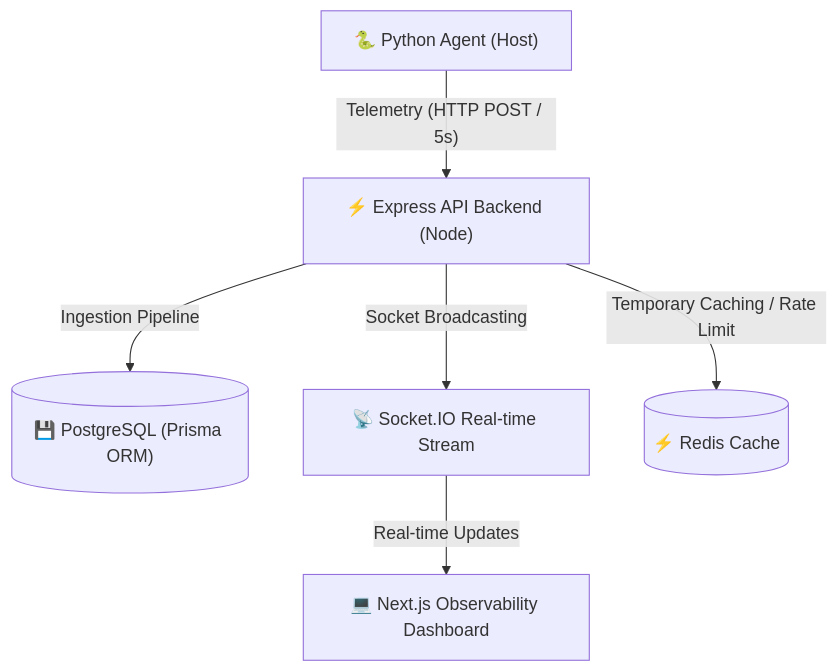
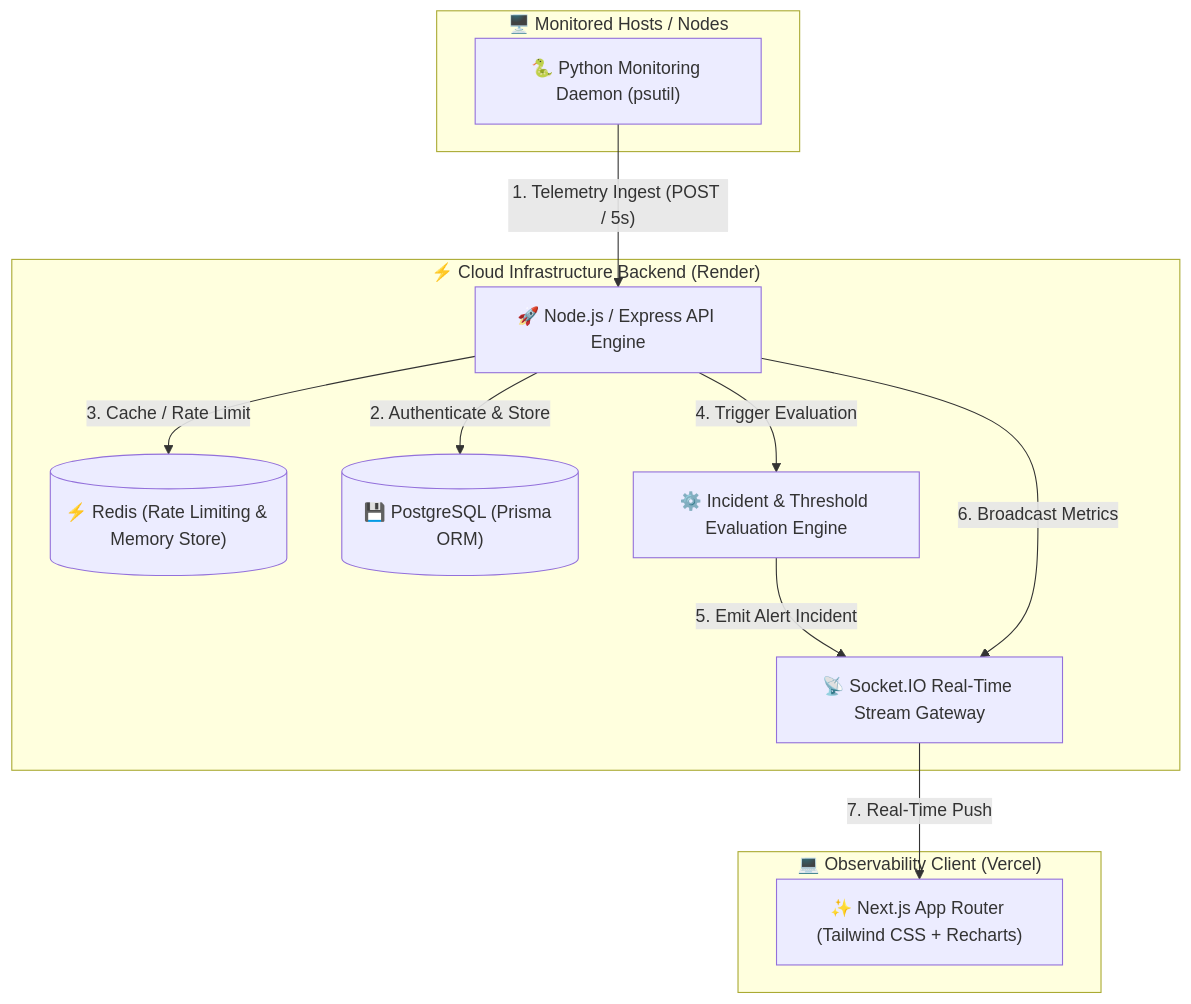
Before and after one commit to Ankushpatial82/CloudPulse: the diagram in README.md, drawn with Mermaid. The commit also changed other lines of this file, not shown here.

Commit message:
docs: update comprehensive portfolio-grade README with live demo links and architecture

````diff
--- a/README.md
+++ b/README.md
@@ -9,8 +46,26 @@
 ```mermaid
 flowchart TD
-    Agent["🐍 Python Agent (Host)"] -- Telemetry (HTTP POST / 5s) --> API["⚡ Express API Backend (Node)"]
-    API -- Ingestion Pipeline --> DB[("💾 PostgreSQL (Prisma ORM)")]
-    API -- Socket Broadcasting --> SIO["📡 Socket.IO Real-time Stream"]
-    SIO -- Real-time Updates --> Web["💻 Next.js Observability Dashboard"]
-    API -- Temporary Caching / Rate Limit --> Redis[("⚡ Redis Cache")]
+    subgraph Host["🖥️ Monitored Hosts / Nodes"]
+        Agent["🐍 Python Monitoring Daemon (psutil)"]
+    end
+
+    subgraph Cloud["⚡ Cloud Infrastructure Backend (Render)"]
+        API["🚀 Node.js / Express API Engine"]
+        Redis[("⚡ Redis (Rate Limiting & Memory Store)")]
+        DB[("💾 PostgreSQL (Prisma ORM)")]
+        Socket["📡 Socket.IO Real-Time Stream Gateway"]
+        AlertEngine["⚙️ Incident & Threshold Evaluation Engine"]
+    end
+
+    subgraph Client["💻 Observability Client (Vercel)"]
+        UI["✨ Next.js App Router (Tailwind CSS + Recharts)"]
+    end
+
+    Agent -- "1. Telemetry Ingest (POST / 5s)" --> API
+    API -- "2. Authenticate & Store" --> DB
+    API -- "3. Cache / Rate Limit" --> Redis
+    API -- "4. Trigger Evaluation" --> AlertEngine
+    AlertEngine -- "5. Emit Alert Incident" --> Socket
+    API -- "6. Broadcast Metrics" --> Socket
+    Socket -- "7. Real-Time Push" --> UI
 ```
````
